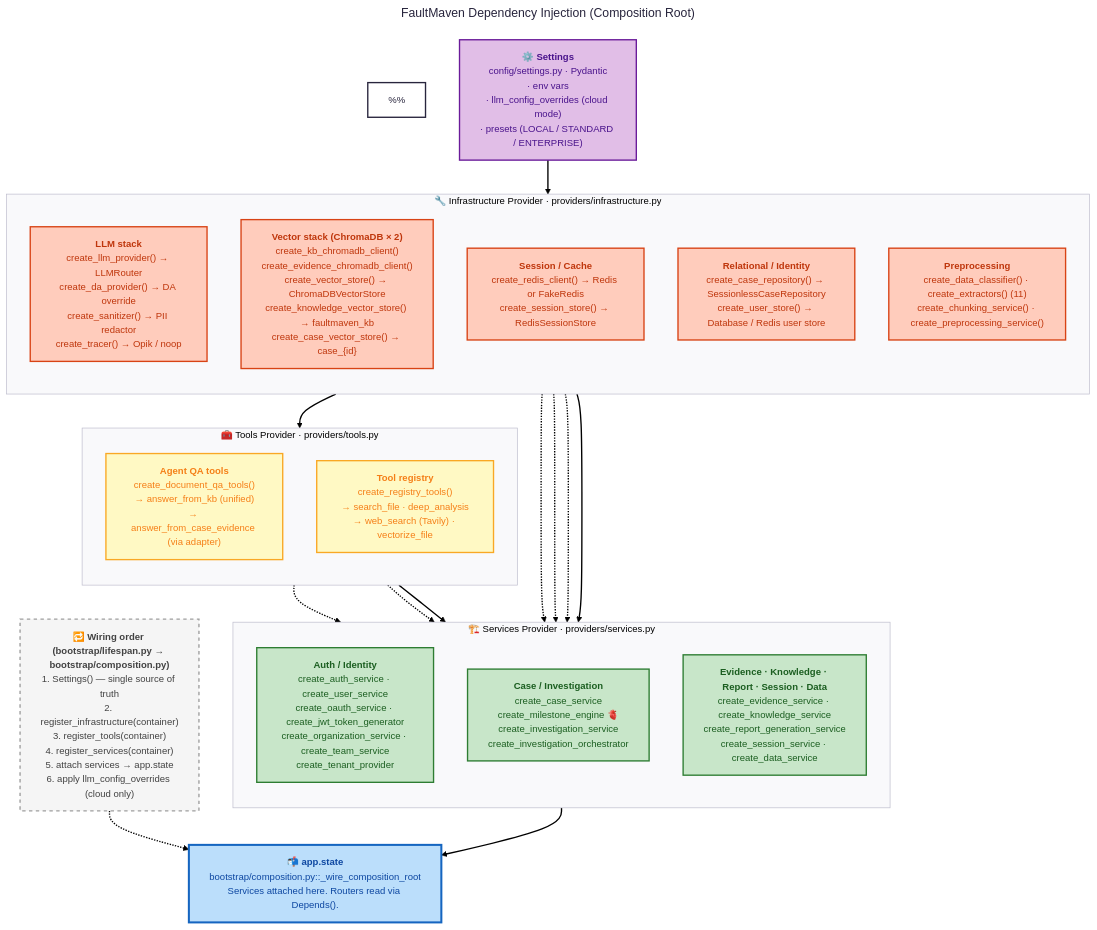
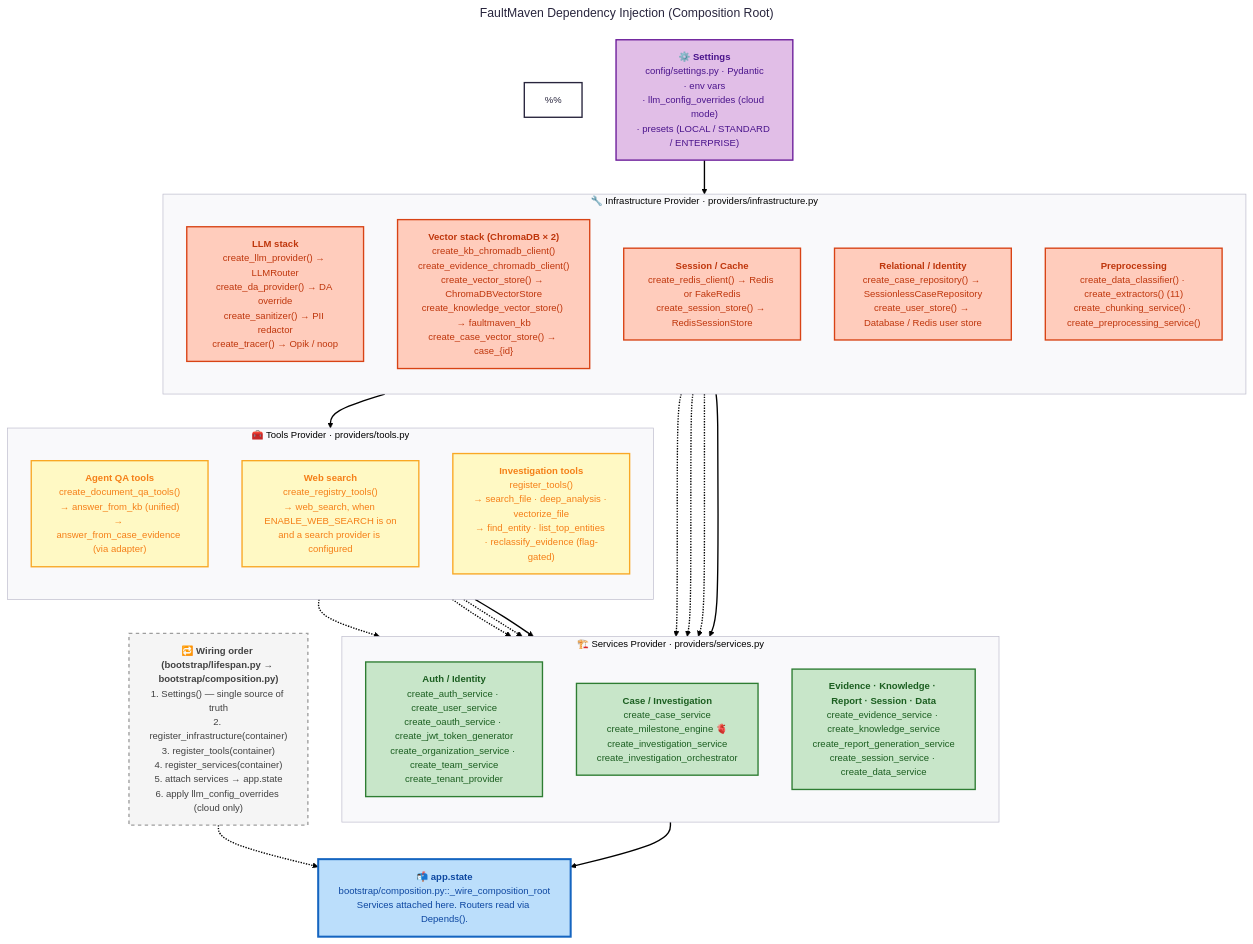
The diagram in docs/architecture/diagrams/DI-diagram.mmd (FaultMaven/faultmaven), drawn with Mermaid before and after one commit. The commit also changed 14 other files, not shown here.

```diff
--- a/docs/architecture/diagrams/DI-diagram.mmd
+++ b/docs/architecture/diagrams/DI-diagram.mmd
@@ -1,104 +1,106 @@
 ---
 config:
   theme: redux
   layout: dagre
   look: classic
 title: "FaultMaven Dependency Injection (Composition Root)"
 ---
 flowchart TB
 %% How services get composed from infrastructure at startup.
 %% Sibling primary diagram: system-architecture.mmd
 %%
 %% Sources (file:symbol):
 %%   faultmaven/bootstrap/lifespan.py::lifespan             (L32-514)
 %%   faultmaven/bootstrap/composition.py::_wire_composition_root (app.state attachment, L184-516)
 %%   faultmaven/container/_container_impl.py               (init + register_* wrappers)
 %%   faultmaven/container/providers/infrastructure.py      (infra bindings)
 %%   faultmaven/container/providers/tools.py               (tools bindings)
 %%   faultmaven/container/providers/services.py            (service bindings)
 
     %% ============================================================
     %% TIER 1 — CONFIGURATION (single source of truth)
     %% ============================================================
     Settings["⚙️ <b>Settings</b><br/>config/settings.py · Pydantic<br/>· env vars<br/>· llm_config_overrides (cloud mode)<br/>· presets (LOCAL / STANDARD / ENTERPRISE)"]
 
     %% ============================================================
     %% TIER 2 — INFRASTRUCTURE PROVIDER
     %%   Creates stateless + shared-client primitives.
     %%   No business logic. Never depends on other providers.
     %% ============================================================
     subgraph INFRA["🔧 Infrastructure Provider &middot; providers/infrastructure.py"]
         direction TB
         Infra_LLM["<b>LLM stack</b><br/>create_llm_provider() → LLMRouter<br/>create_da_provider() → DA override<br/>create_sanitizer() → PII redactor<br/>create_tracer() → Opik / noop"]
         Infra_Vec["<b>Vector stack (ChromaDB × 2)</b><br/>create_kb_chromadb_client()<br/>create_evidence_chromadb_client()<br/>create_vector_store() → ChromaDBVectorStore<br/>create_knowledge_vector_store() → faultmaven_kb<br/>create_case_vector_store() → case_{id}"]
         Infra_Session["<b>Session / Cache</b><br/>create_redis_client() → Redis or FakeRedis<br/>create_session_store() → RedisSessionStore"]
         Infra_Persist["<b>Relational / Identity</b><br/>create_case_repository() → SessionlessCaseRepository<br/>create_user_store() → Database / Redis user store"]
         Infra_Prep["<b>Preprocessing</b><br/>create_data_classifier() · create_extractors() (11)<br/>create_chunking_service() · create_preprocessing_service()"]
     end
 
     %% ============================================================
     %% TIER 3 — TOOLS PROVIDER
     %%   Agent-facing tools. Depends on infrastructure only.
     %% ============================================================
     subgraph TOOLS["🧰 Tools Provider &middot; providers/tools.py"]
         direction TB
         Tools_QA["<b>Agent QA tools</b><br/>create_document_qa_tools()<br/>→ answer_from_kb (unified)<br/>→ answer_from_case_evidence (via adapter)"]
-        Tools_Registry["<b>Tool registry</b><br/>create_registry_tools()<br/>→ search_file · deep_analysis<br/>→ web_search (Tavily) · vectorize_file"]
+        Tools_Web["<b>Web search</b><br/>create_registry_tools()<br/>→ web_search, when ENABLE_WEB_SEARCH is on<br/>and a search provider is configured"]
+        Tools_Investigation["<b>Investigation tools</b><br/>register_tools()<br/>→ search_file · deep_analysis · vectorize_file<br/>→ find_entity · list_top_entities · reclassify_evidence (flag-gated)"]
     end
 
     %% ============================================================
     %% TIER 4 — SERVICES PROVIDER
     %%   Business logic. Depends on infrastructure + tools.
     %% ============================================================
     subgraph SERVICES["🏗️ Services Provider &middot; providers/services.py"]
         direction TB
         Svc_Auth["<b>Auth / Identity</b><br/>create_auth_service · create_user_service<br/>create_oauth_service · create_jwt_token_generator<br/>create_organization_service · create_team_service<br/>create_tenant_provider"]
         Svc_Case["<b>Case / Investigation</b><br/>create_case_service<br/>create_milestone_engine 🫀<br/>create_investigation_service<br/>create_investigation_orchestrator"]
         Svc_Other["<b>Evidence · Knowledge · Report · Session · Data</b><br/>create_evidence_service · create_knowledge_service<br/>create_report_generation_service<br/>create_session_service · create_data_service"]
     end
 
     %% ============================================================
     %% TIER 5 — APP.STATE
     %%   Where routers discover services via Depends().
     %% ============================================================
     AppState["📬 <b>app.state</b><br/>bootstrap/composition.py::_wire_composition_root<br/>Services attached here. Routers read via Depends()."]
 
     %% ============================================================
     %% SIDE PANEL — WIRING ORDER (executed at startup)
     %% ============================================================
     Order["🔁 <b>Wiring order (bootstrap/lifespan.py → bootstrap/composition.py)</b><br/>1. Settings() — single source of truth<br/>2. register_infrastructure(container)<br/>3. register_tools(container)<br/>4. register_services(container)<br/>5. attach services → app.state<br/>6. apply llm_config_overrides (cloud only)"]
 
     %% ============================================================
     %% EDGES (high-signal flows only)
     %% ============================================================
     Settings --> INFRA
     INFRA --> TOOLS
     INFRA --> SERVICES
     TOOLS --> SERVICES
     SERVICES --> AppState
 
     %% Zoom-in edges to highlight the milestone engine's dependencies:
     Infra_LLM -.-> Svc_Case
     Infra_Persist -.-> Svc_Case
     Infra_Vec -.-> Svc_Case
     Tools_QA -.-> Svc_Case
-    Tools_Registry -.-> Svc_Case
+    Tools_Web -.-> Svc_Case
+    Tools_Investigation -.-> Svc_Case
 
     Order -.-> AppState
 
     %% ============================================================
     %% STYLING
     %% ============================================================
     classDef settings fill:#e1bee7,stroke:#6a1b9a,stroke-width:2px,color:#4a148c
     classDef infra fill:#ffccbc,stroke:#d84315,color:#bf360c
     classDef tools fill:#fff9c4,stroke:#f9a825,color:#f57f17
     classDef services fill:#c8e6c9,stroke:#2e7d32,color:#1b5e20
     classDef state fill:#bbdefb,stroke:#1565c0,stroke-width:3px,color:#0d47a1
     classDef note fill:#f5f5f5,stroke:#9e9e9e,stroke-dasharray: 5 5,color:#424242
 
     class Settings settings
     class Infra_LLM,Infra_Vec,Infra_Session,Infra_Persist,Infra_Prep infra
-    class Tools_QA,Tools_Registry tools
+    class Tools_QA,Tools_Web,Tools_Investigation tools
     class Svc_Auth,Svc_Case,Svc_Other services
     class AppState state
     class Order note
```
